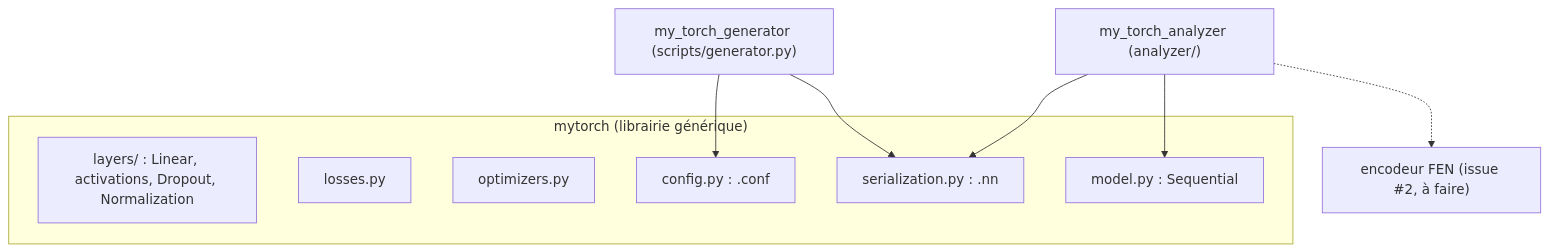
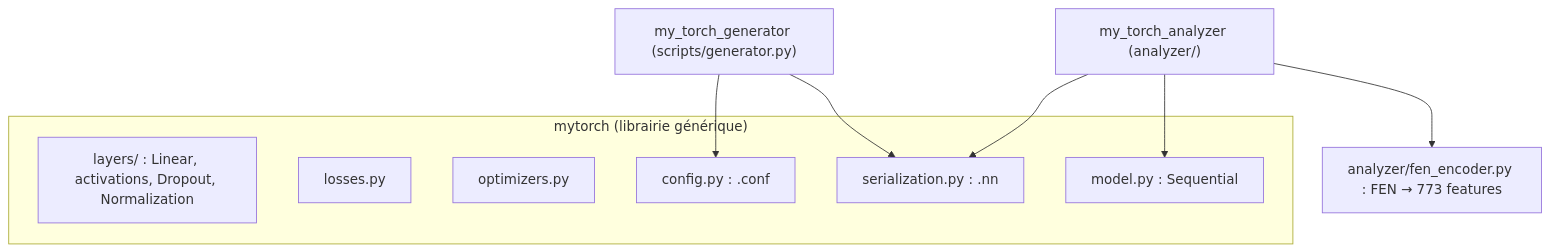
The first of 2 diagrams in docs/01-vue-d-ensemble.md (LeJih8-24/OurTorch), drawn with Mermaid before and after one commit. The commit also changed other lines of this file and 8 other files, not shown here.

First line of the commit message:
docs: aligned documentation with the merged FEN encoder

````diff
--- a/docs/01-vue-d-ensemble.md
+++ b/docs/01-vue-d-ensemble.md
@@ -26,16 +28,16 @@
 ```mermaid
 flowchart TB
     subgraph lib["mytorch (librairie générique)"]
         L["layers/ : Linear, activations, Dropout, Normalization"]
         LO["losses.py"]
         O["optimizers.py"]
         M["model.py : Sequential"]
         C["config.py : .conf"]
         S["serialization.py : .nn"]
     end
     G["my_torch_generator (scripts/generator.py)"] --> C
     G --> S
     A["my_torch_analyzer (analyzer/)"] --> S
     A --> M
-    A -.-> F["encodeur FEN (issue #2, à faire)"]
+    A --> F["analyzer/fen_encoder.py : FEN → 773 features"]
 ```
````
